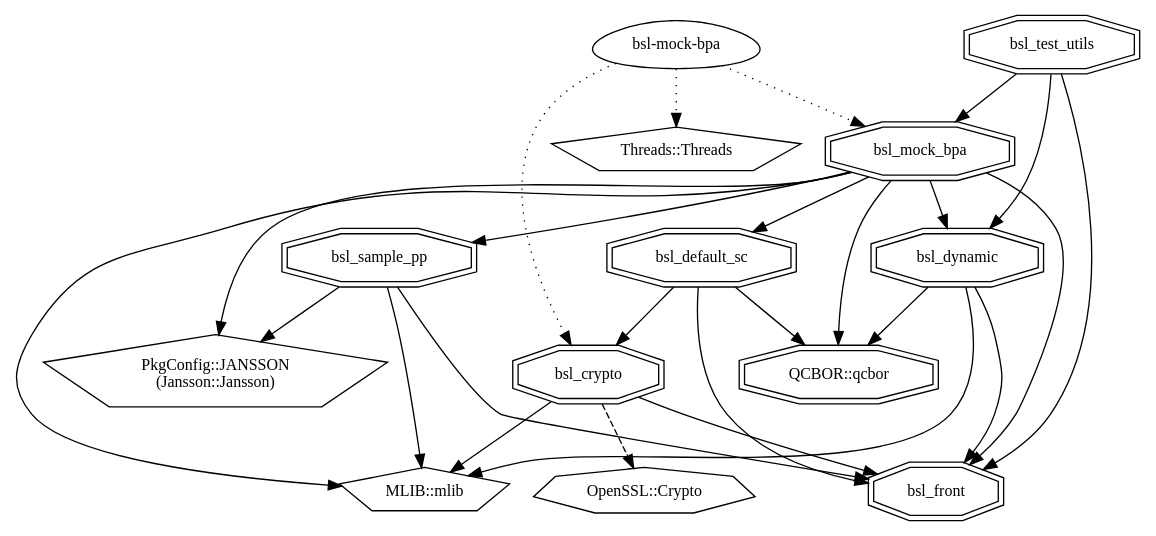
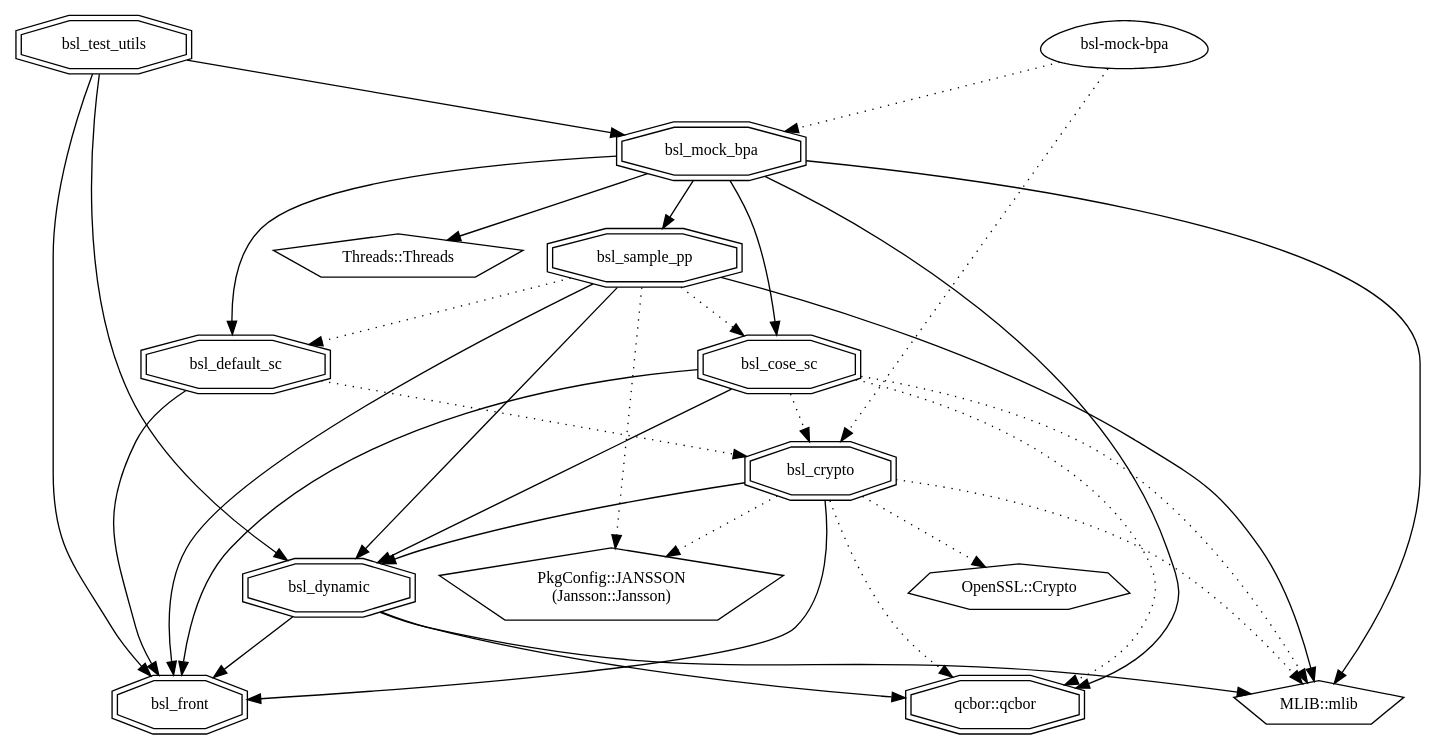
Before and after one commit to NASA-AMMOS/BSL-docs: the diagram in product-guide/images/dep_chart.dot, drawn with Graphviz. The commit also changed 2 other files, not shown here.

Commit message:
Add explanations for cmake and pkg-config control files and uses

```diff
--- a/product-guide/images/dep_chart.dot
+++ b/product-guide/images/dep_chart.dot
@@ -1,43 +1,52 @@
 digraph "bsl" {
     node [
       fontsize = "12"
     ];
     "node0" [ label = "bsl-mock-bpa", shape = egg ];
-    "node1" [ label = "Threads::Threads", shape = pentagon ];
-    "node0" -> "node1" [ style = dotted ] // bsl-mock-bpa -> Threads::Threads
-    "node2" [ label = "bsl_crypto", shape = doubleoctagon ];
-    "node3" [ label = "MLIB::mlib", shape = pentagon ];
-    "node2" -> "node3"  // bsl_crypto -> MLIB::mlib
-    "node4" [ label = "OpenSSL::Crypto", shape = septagon ];
-    "node2" -> "node4" [ style = dashed ] // bsl_crypto -> OpenSSL::Crypto
-    "node5" [ label = "bsl_front", shape = doubleoctagon ];
-    "node2" -> "node5"  // bsl_crypto -> bsl_front
-    "node0" -> "node2" [ style = dotted ] // bsl-mock-bpa -> bsl_crypto
-    "node6" [ label = "bsl_mock_bpa", shape = doubleoctagon ];
-    "node6" -> "node3"  // bsl_mock_bpa -> MLIB::mlib
-    "node7" [ label = "PkgConfig::JANSSON\n(Jansson::Jansson)", shape = pentagon ];
-    "node6" -> "node7"  // bsl_mock_bpa -> PkgConfig::JANSSON
-    "node8" [ label = "QCBOR::qcbor", shape = doubleoctagon ];
-    "node6" -> "node8"  // bsl_mock_bpa -> QCBOR::qcbor
-    "node9" [ label = "bsl_default_sc", shape = doubleoctagon ];
-    "node9" -> "node8"  // bsl_default_sc -> QCBOR::qcbor
-    "node9" -> "node2"  // bsl_default_sc -> bsl_crypto
-    "node9" -> "node5"  // bsl_default_sc -> bsl_front
-    "node6" -> "node9"  // bsl_mock_bpa -> bsl_default_sc
-    "node10" [ label = "bsl_dynamic", shape = doubleoctagon ];
-    "node10" -> "node3"  // bsl_dynamic -> MLIB::mlib
-    "node10" -> "node8"  // bsl_dynamic -> QCBOR::qcbor
-    "node10" -> "node5"  // bsl_dynamic -> bsl_front
-    "node6" -> "node10"  // bsl_mock_bpa -> bsl_dynamic
-    "node6" -> "node5"  // bsl_mock_bpa -> bsl_front
-    "node11" [ label = "bsl_sample_pp", shape = doubleoctagon ];
-    "node11" -> "node3"  // bsl_sample_pp -> MLIB::mlib
-    "node11" -> "node7"  // bsl_sample_pp -> PkgConfig::JANSSON
-    "node11" -> "node5"  // bsl_sample_pp -> bsl_front
-    "node6" -> "node11"  // bsl_mock_bpa -> bsl_sample_pp
-    "node0" -> "node6" [ style = dotted ] // bsl-mock-bpa -> bsl_mock_bpa
-    "node12" [ label = "bsl_test_utils", shape = doubleoctagon ];
-    "node12" -> "node10"  // bsl_test_utils -> bsl_dynamic
-    "node12" -> "node5"  // bsl_test_utils -> bsl_front
-    "node12" -> "node6"  // bsl_test_utils -> bsl_mock_bpa
+    "node1" [ label = "bsl_crypto", shape = doubleoctagon ];
+    "node2" [ label = "MLIB::mlib", shape = pentagon ];
+    "node1" -> "node2" [ style = dotted ] // bsl_crypto -> MLIB::mlib
+    "node3" [ label = "OpenSSL::Crypto", shape = septagon ];
+    "node1" -> "node3" [ style = dotted ] // bsl_crypto -> OpenSSL::Crypto
+    "node4" [ label = "PkgConfig::JANSSON\n(Jansson::Jansson)", shape = pentagon ];
+    "node1" -> "node4" [ style = dotted ] // bsl_crypto -> PkgConfig::JANSSON
+    "node5" [ label = "bsl_dynamic", shape = doubleoctagon ];
+    "node5" -> "node2"  // bsl_dynamic -> MLIB::mlib
+    "node6" [ label = "bsl_front", shape = doubleoctagon ];
+    "node5" -> "node6"  // bsl_dynamic -> bsl_front
+    "node7" [ label = "qcbor::qcbor", shape = doubleoctagon ];
+    "node5" -> "node7"  // bsl_dynamic -> qcbor::qcbor
+    "node1" -> "node5"  // bsl_crypto -> bsl_dynamic
+    "node1" -> "node6"  // bsl_crypto -> bsl_front
+    "node1" -> "node7" [ style = dotted ] // bsl_crypto -> qcbor::qcbor
+    "node0" -> "node1" [ style = dotted ] // bsl-mock-bpa -> bsl_crypto
+    "node8" [ label = "bsl_mock_bpa", shape = doubleoctagon ];
+    "node8" -> "node2"  // bsl_mock_bpa -> MLIB::mlib
+    "node9" [ label = "Threads::Threads", shape = pentagon ];
+    "node8" -> "node9"  // bsl_mock_bpa -> Threads::Threads
+    "node10" [ label = "bsl_cose_sc", shape = doubleoctagon ];
+    "node10" -> "node2" [ style = dotted ] // bsl_cose_sc -> MLIB::mlib
+    "node10" -> "node1" [ style = dotted ] // bsl_cose_sc -> bsl_crypto
+    "node10" -> "node5"  // bsl_cose_sc -> bsl_dynamic
+    "node10" -> "node6"  // bsl_cose_sc -> bsl_front
+    "node10" -> "node7" [ style = dotted ] // bsl_cose_sc -> qcbor::qcbor
+    "node8" -> "node10"  // bsl_mock_bpa -> bsl_cose_sc
+    "node11" [ label = "bsl_default_sc", shape = doubleoctagon ];
+    "node11" -> "node1" [ style = dotted ] // bsl_default_sc -> bsl_crypto
+    "node11" -> "node6"  // bsl_default_sc -> bsl_front
+    "node8" -> "node11"  // bsl_mock_bpa -> bsl_default_sc
+    "node12" [ label = "bsl_sample_pp", shape = doubleoctagon ];
+    "node12" -> "node2"  // bsl_sample_pp -> MLIB::mlib
+    "node12" -> "node4" [ style = dotted ] // bsl_sample_pp -> PkgConfig::JANSSON
+    "node12" -> "node10" [ style = dotted ] // bsl_sample_pp -> bsl_cose_sc
+    "node12" -> "node11" [ style = dotted ] // bsl_sample_pp -> bsl_default_sc
+    "node12" -> "node5"  // bsl_sample_pp -> bsl_dynamic
+    "node12" -> "node6"  // bsl_sample_pp -> bsl_front
+    "node8" -> "node12"  // bsl_mock_bpa -> bsl_sample_pp
+    "node8" -> "node7"  // bsl_mock_bpa -> qcbor::qcbor
+    "node0" -> "node8" [ style = dotted ] // bsl-mock-bpa -> bsl_mock_bpa
+    "node13" [ label = "bsl_test_utils", shape = doubleoctagon ];
+    "node13" -> "node5"  // bsl_test_utils -> bsl_dynamic
+    "node13" -> "node6"  // bsl_test_utils -> bsl_front
+    "node13" -> "node8"  // bsl_test_utils -> bsl_mock_bpa
 }
```
